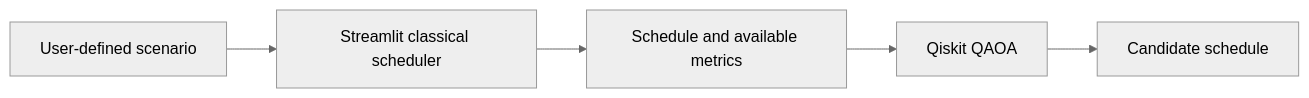
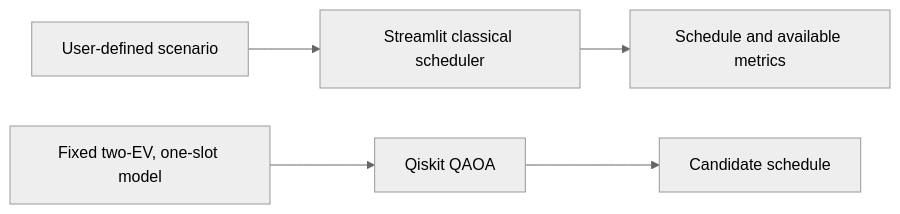
One commit to vtu-qiskit-fall-fest-2026/vtu-hc-qubits-nexus changed the diagram in README.md. Above: the diagram before and after it, drawn with Mermaid (neutral theme). The commit also changed other lines of this file, not shown here.

````diff
--- a/README.md
+++ b/README.md
@@ -98,7 +98,7 @@
 ```mermaid
 flowchart LR
-    A[User-defined scenario] --> B[Streamlit classical scheduler]
-    B --> C[Schedule and available metrics]
-    C --> D[Qiskit QAOA]
-    D --> E[Candidate schedule]
+  A[User-defined scenario] --> B[Streamlit classical scheduler]
+  B --> C[Schedule and available metrics]
+  D[Fixed two-EV, one-slot model] --> E[Qiskit QAOA]
+  E --> F[Candidate schedule]
 ```
````
